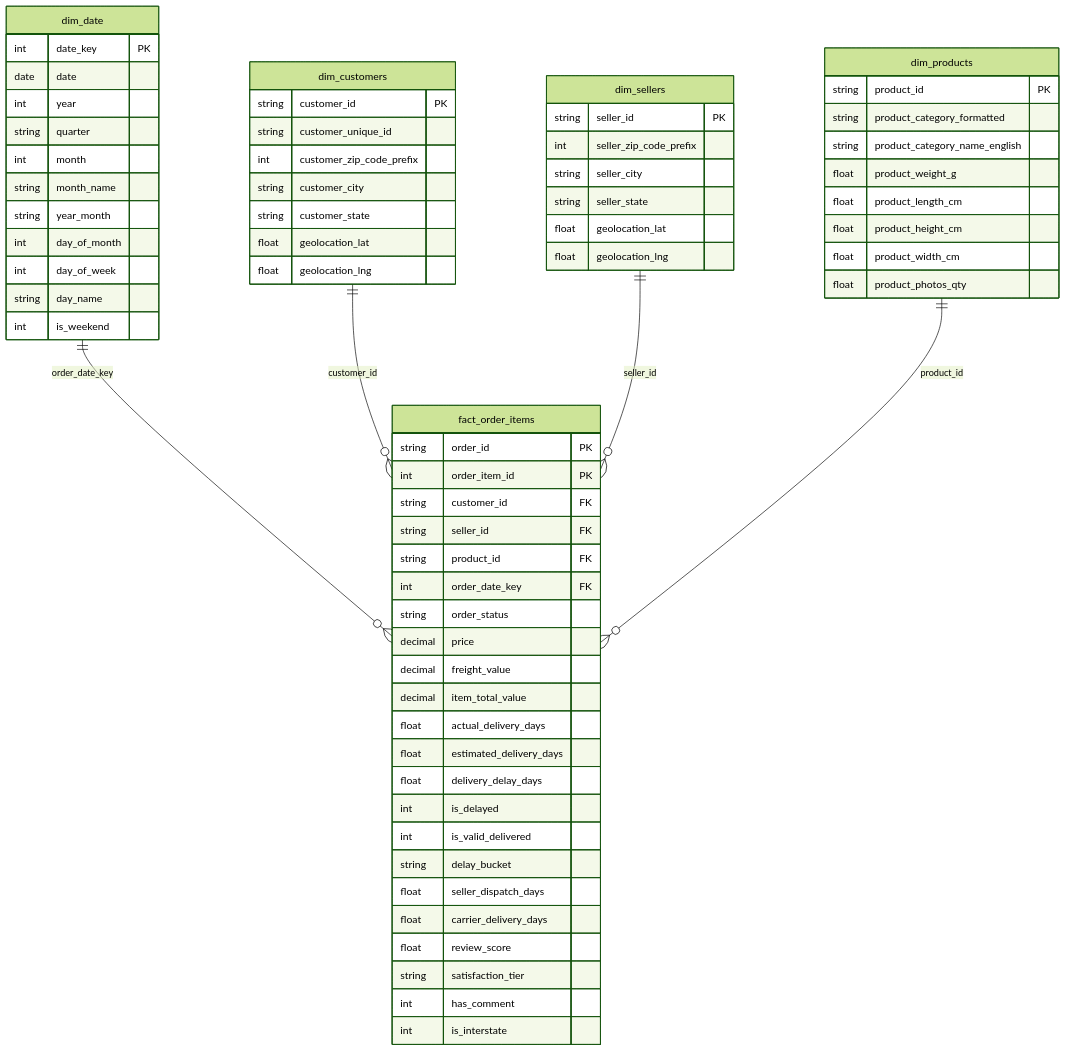
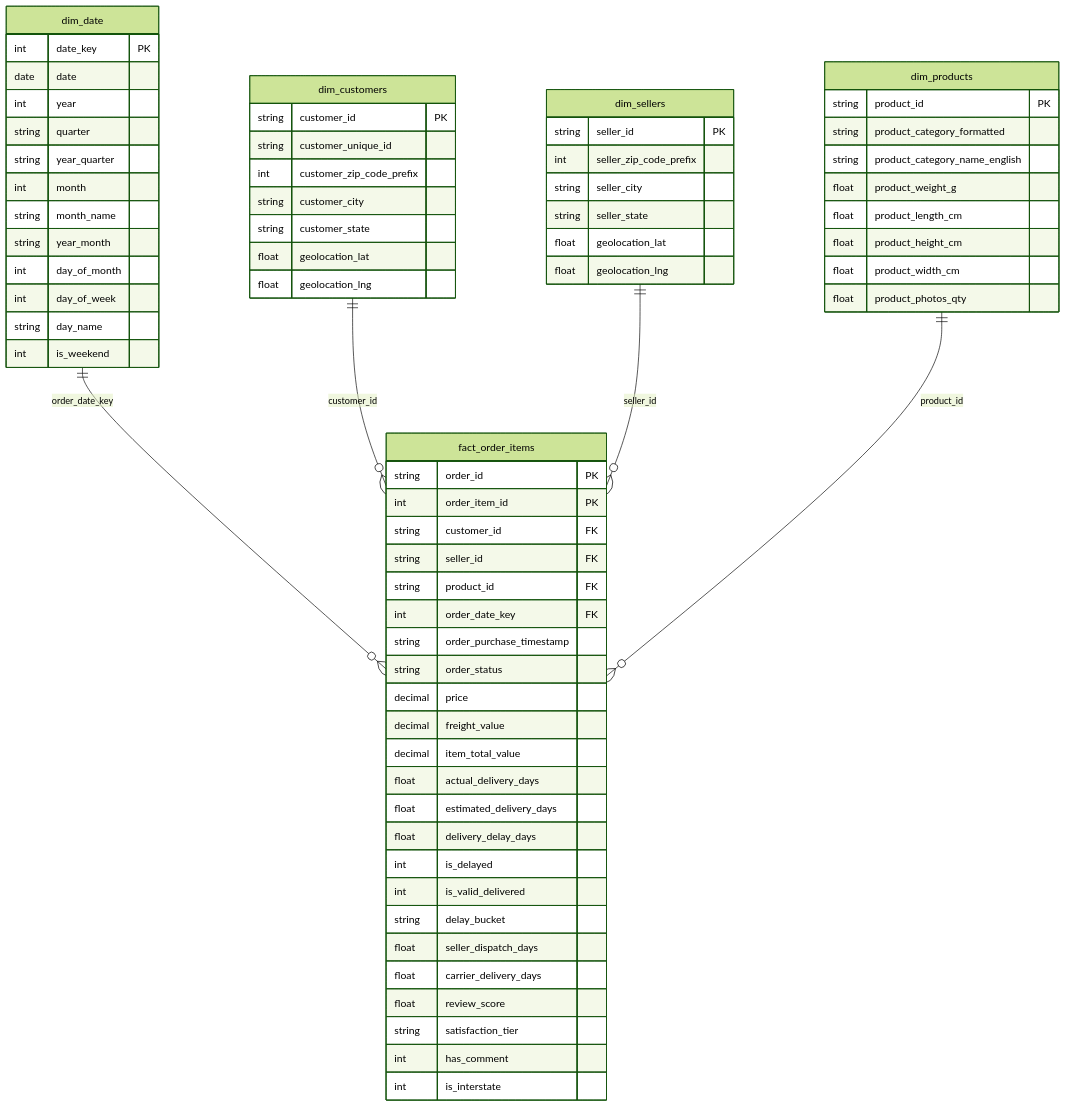
Before and after one commit to Baotran265/olist-ecommerce-data-analyst: the diagram in docs/07_data_modeling_and_star_schema.md, drawn with Mermaid (forest theme). The commit also changed other lines of this file and 18 other files, not shown here.

````diff
--- a/docs/07_data_modeling_and_star_schema.md
+++ b/docs/07_data_modeling_and_star_schema.md
@@ -27,76 +27,78 @@
 ```mermaid
 erDiagram
     dim_date ||--o{ fact_order_items : "order_date_key"
     dim_customers ||--o{ fact_order_items : "customer_id"
     dim_sellers ||--o{ fact_order_items : "seller_id"
     dim_products ||--o{ fact_order_items : "product_id"
 
     dim_date {
         int date_key PK
         date date
         int year
         string quarter
+        string year_quarter
         int month
         string month_name
         string year_month
         int day_of_month
         int day_of_week
         string day_name
         int is_weekend
     }
 
     dim_customers {
         string customer_id PK
         string customer_unique_id
         int customer_zip_code_prefix
         string customer_city
         string customer_state
         float geolocation_lat
         float geolocation_lng
     }
 
     dim_sellers {
         string seller_id PK
         int seller_zip_code_prefix
         string seller_city
         string seller_state
         float geolocation_lat
         float geolocation_lng
     }
 
     dim_products {
         string product_id PK
         string product_category_formatted
         string product_category_name_english
         float product_weight_g
         float product_length_cm
         float product_height_cm
         float product_width_cm
         float product_photos_qty
     }
 
     fact_order_items {
         string order_id PK
         int order_item_id PK
         string customer_id FK
         string seller_id FK
         string product_id FK
         int order_date_key FK
+        string order_purchase_timestamp
         string order_status
         decimal price
         decimal freight_value
         decimal item_total_value
         float actual_delivery_days
         float estimated_delivery_days
         float delivery_delay_days
         int is_delayed
         int is_valid_delivered
         string delay_bucket
         float seller_dispatch_days
         float carrier_delivery_days
         float review_score
         string satisfaction_tier
         int has_comment
         int is_interstate
     }
 ```
````
